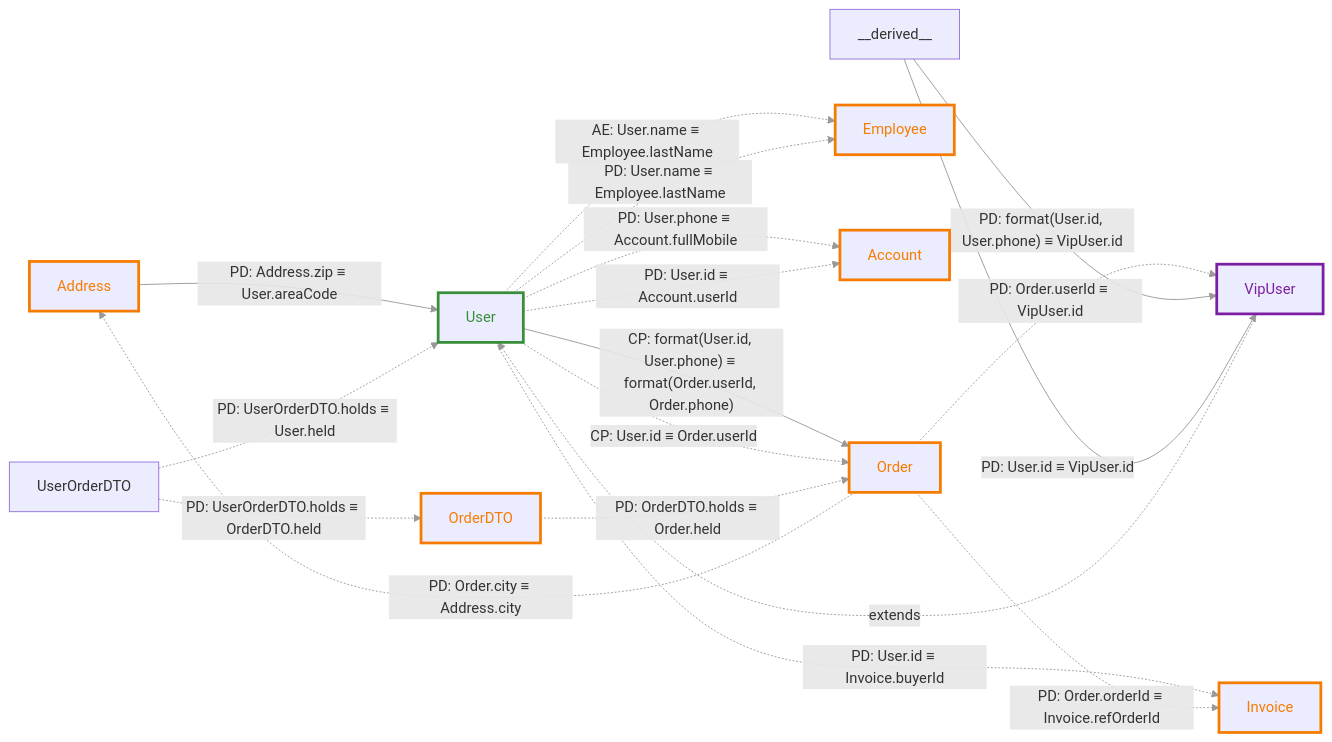
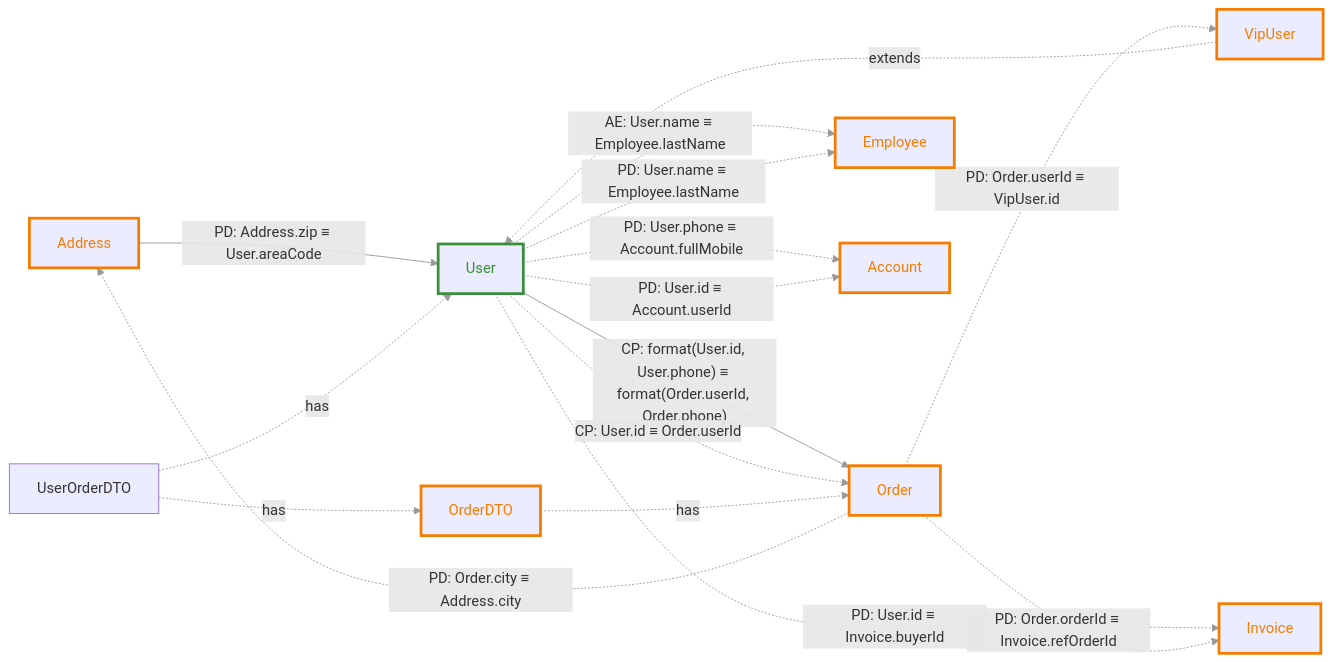
One commit to LIngcheng-zeng/classRelation changed the diagram in classRelationTestCode.md. Above: the diagram before and after it, drawn with Mermaid. The commit also changed 1 other file, not shown here.

Commit message:
优化展示效果

````diff
--- a/classRelationTestCode.md
+++ b/classRelationTestCode.md
@@ -14,25 +14,22 @@
 ```mermaid
 flowchart LR
     linkStyle default stroke:#999,stroke-width:1px
     Address -->|"PD: Address.zip ≡ User.areaCode"| User:::readRel
     User -->|"CP: format(User.id, User.phone) ≡ format(Order.userId, Order.phone)"| Order:::readRel
     User -.->|"CP: User.id ≡ Order.userId"| Order:::writeRel
     User -.->|"AE: User.name ≡ Employee.lastName"| Employee:::writeRel
     User -.->|"PD: User.name ≡ Employee.lastName"| Employee:::writeRel
     User -.->|"PD: User.id ≡ Invoice.buyerId"| Invoice:::writeRel
-    OrderDTO -.->|"PD: OrderDTO.holds ≡ Order.held"| Order:::writeRel
-    UserOrderDTO -.->|"PD: UserOrderDTO.holds ≡ OrderDTO.held"| OrderDTO:::writeRel
-    UserOrderDTO -.->|"PD: UserOrderDTO.holds ≡ User.held"| User:::writeRel
+    OrderDTO -.->|"has"| Order:::writeRel
+    UserOrderDTO -.->|"has"| OrderDTO:::writeRel
+    UserOrderDTO -.->|"has"| User:::writeRel
     User -.->|"PD: User.phone ≡ Account.fullMobile"| Account:::writeRel
     User -.->|"PD: User.id ≡ Account.userId"| Account:::writeRel
     Order -.->|"PD: Order.city ≡ Address.city"| Address:::writeRel
     Order -.->|"PD: Order.userId ≡ VipUser.id"| VipUser:::writeRel
     Order -.->|"PD: Order.orderId ≡ Invoice.refOrderId"| Invoice:::writeRel
     VipUser -.->|"extends"| User:::inheritRel
-    __derived__ ==>|"PD: format(User.id, User.phone) ≡ VipUser.id"| VipUser:::derivedRel
-    __derived__ ==>|"PD: User.id ≡ VipUser.id"| VipUser:::derivedRel
     classDef readRel stroke:#1976d2,stroke-width:3px,color:#1976d2
     classDef writeRel stroke:#f57c00,stroke-width:3px,color:#f57c00
-    classDef derivedRel stroke:#7b1fa2,stroke-width:3px,color:#7b1fa2
     classDef inheritRel stroke:#388e3c,stroke-width:3px,color:#388e3c
 ```
````
